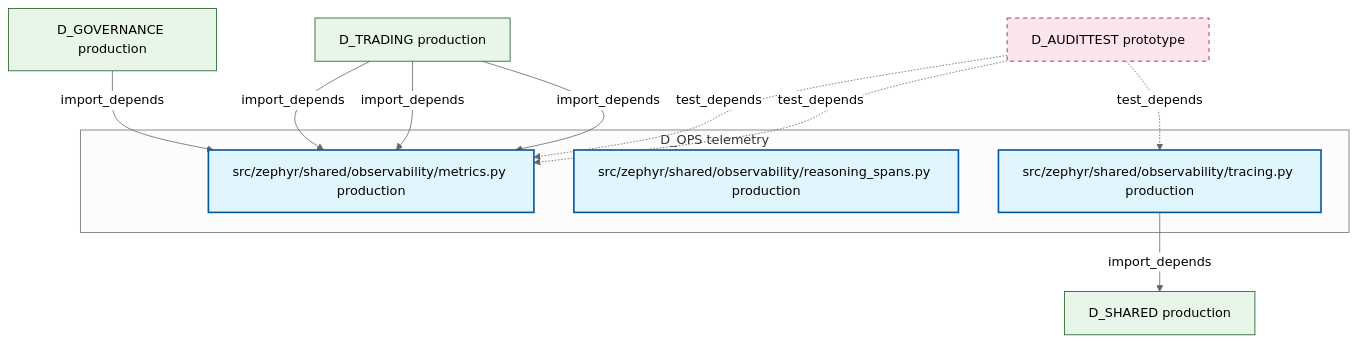
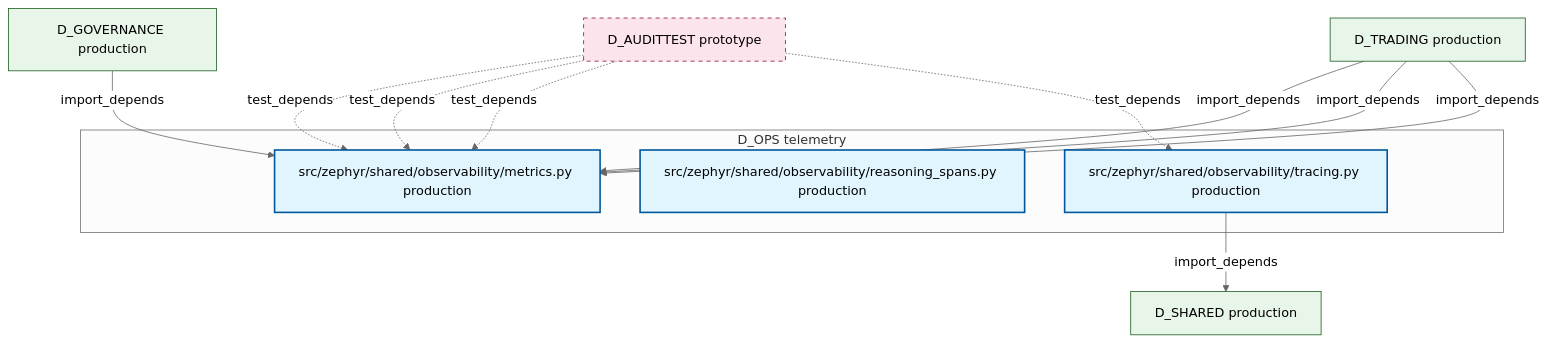
One commit to xuanFelixVan/ZephyrAlpha changed the diagram in docs/02_enterprise_architecture/02_domain_architecture_docs/15_d_ops.md. Above: the diagram before and after it, drawn with Mermaid (neutral theme). The commit also changed other lines of this file and 97 other files, not shown here.

````diff
--- a/docs/02_enterprise_architecture/02_domain_architecture_docs/15_d_ops.md
+++ b/docs/02_enterprise_architecture/02_domain_architecture_docs/15_d_ops.md
@@ -47,27 +47,28 @@
 ```mermaid
 graph TD
     subgraph D_OPS["D_OPS telemetry"]
         src_zephyr_shared_observability_metrics_py["src/zephyr/shared/observability/metrics.py production"]
         src_zephyr_shared_observability_reasoning_spans_py["src/zephyr/shared/observability/reasoning_spans.py production"]
         src_zephyr_shared_observability_tracing_py["src/zephyr/shared/observability/tracing.py production"]
     end
     D_SHARED["D_SHARED production"]
     src_zephyr_shared_observability_tracing_py -->|import_depends| D_SHARED
+    D_AUDITTEST["D_AUDITTEST prototype"]
+    D_AUDITTEST -.->|test_depends| src_zephyr_shared_observability_metrics_py
+    D_AUDITTEST -.->|test_depends| src_zephyr_shared_observability_metrics_py
+    D_TRADING["D_TRADING production"]
+    D_TRADING -->|import_depends| src_zephyr_shared_observability_metrics_py
     D_GOVERNANCE["D_GOVERNANCE production"]
     D_GOVERNANCE -->|import_depends| src_zephyr_shared_observability_metrics_py
-    D_TRADING["D_TRADING production"]
-    D_TRADING -->|import_depends| src_zephyr_shared_observability_metrics_py
-    D_AUDITTEST["D_AUDITTEST prototype"]
-    D_AUDITTEST -.->|test_depends| src_zephyr_shared_observability_metrics_py
     D_TRADING -->|import_depends| src_zephyr_shared_observability_metrics_py
     D_TRADING -->|import_depends| src_zephyr_shared_observability_metrics_py
     D_AUDITTEST -.->|test_depends| src_zephyr_shared_observability_metrics_py
     D_AUDITTEST -.->|test_depends| src_zephyr_shared_observability_tracing_py
     classDef production fill:#e1f5fe,stroke:#01579b,stroke-width:2px,color:#000
     classDef design fill:#fff3e0,stroke:#e65100,stroke-width:2px,color:#000,stroke-dasharray: 5 5
     classDef external_prod fill:#e8f5e9,stroke:#1b5e20,stroke-width:1px,color:#000
     classDef external_design fill:#fce4ec,stroke:#880e4f,stroke-width:1px,color:#000,stroke-dasharray: 5 5
     class src_zephyr_shared_observability_metrics_py,src_zephyr_shared_observability_reasoning_spans_py,src_zephyr_shared_observability_tracing_py production
-    class D_SHARED,D_GOVERNANCE,D_TRADING external_prod
+    class D_SHARED,D_TRADING,D_GOVERNANCE external_prod
     class D_AUDITTEST external_design
 ```
````
